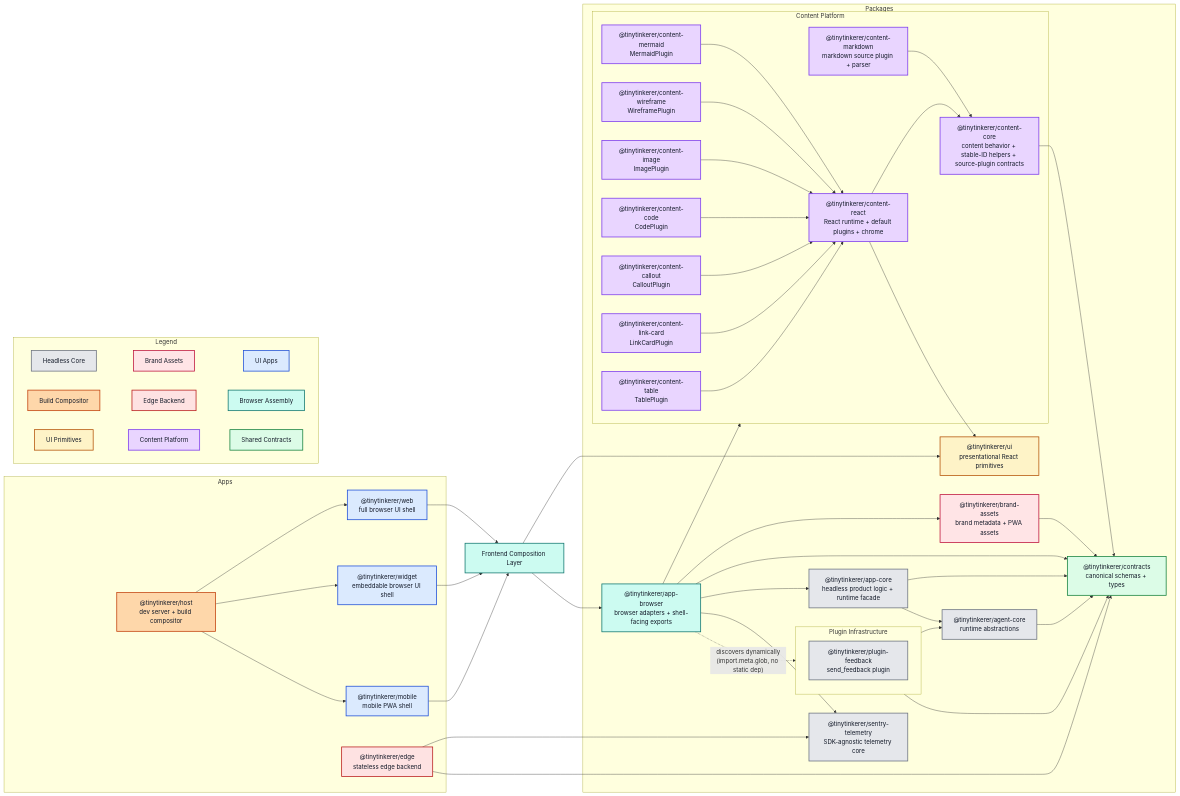
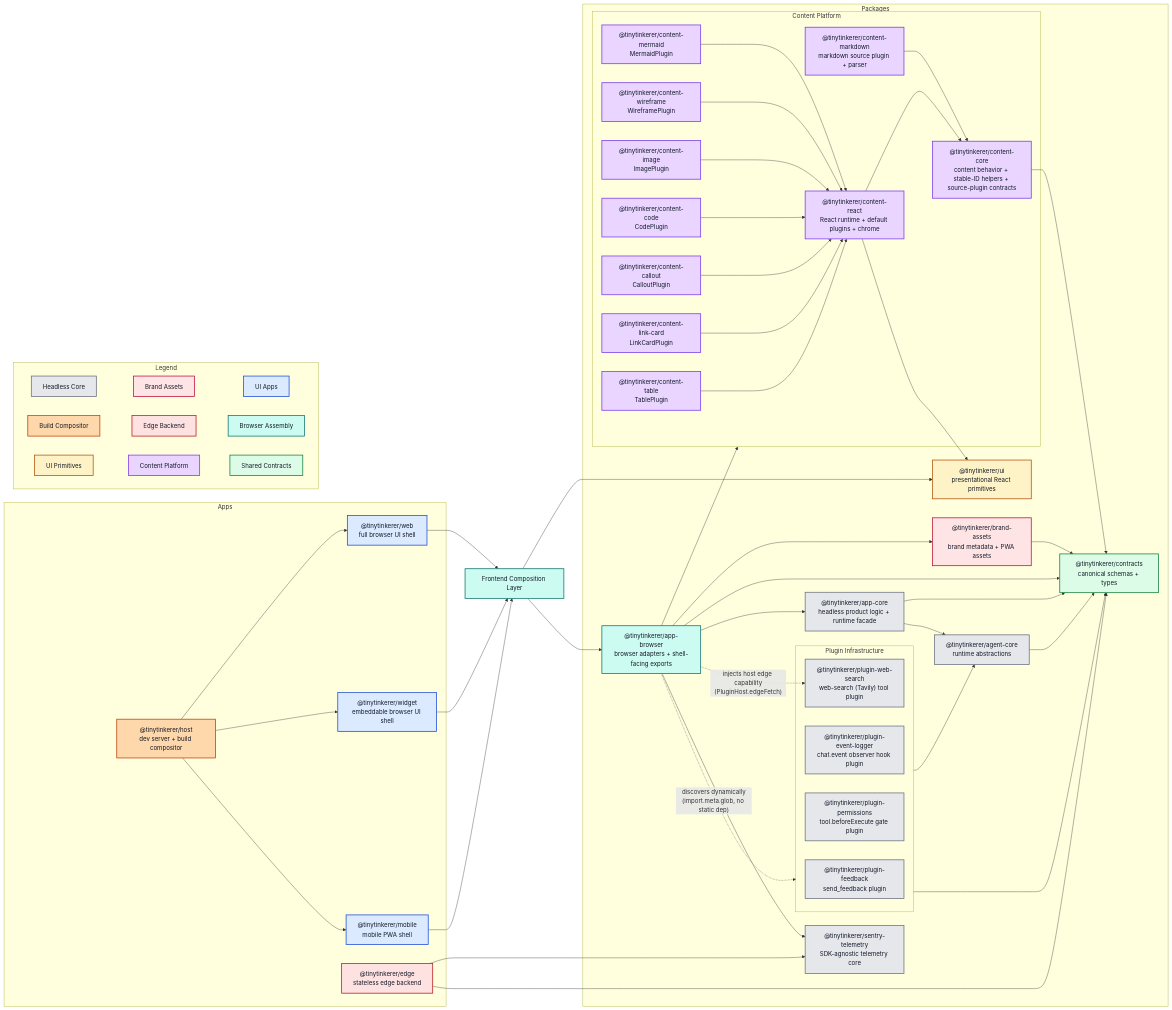
The diagram in docs/ARCHITECTURE.md (NNTin/tinytinkerer), drawn with Mermaid before and after one commit. The commit also changed other lines of this file and 14 other files, not shown here.

First line of the commit message:
feat(plugins): extract Tavily web search into plugin-web-search (#209)

````diff
--- a/docs/ARCHITECTURE.md
+++ b/docs/ARCHITECTURE.md
@@ -53,6 +53,9 @@
 
     %%subgraph PluginInfrastructure["Plugin Infrastructure"]
     %%  pluginfeedback["@tinytinkerer/plugin-feedback<br/>send_feedback plugin"]
+    %%  plugineventlogger["@tinytinkerer/plugin-event-logger<br/>chat.event observer hook plugin"]
+    %%  pluginpermissions["@tinytinkerer/plugin-permissions<br/>tool.beforeExecute gate plugin"]
+    %%  pluginwebsearch["@tinytinkerer/plugin-web-search<br/>web-search (Tavily) tool plugin"]
     %%end
 
     contracts["@tinytinkerer/contracts<br/>canonical schemas + types"]
@@ -65,6 +68,9 @@
 
     subgraph PluginInfrastructure["Plugin Infrastructure"]
       pluginfeedback["@tinytinkerer/plugin-feedback<br/>send_feedback plugin"]
+      plugineventlogger["@tinytinkerer/plugin-event-logger<br/>chat.event observer hook plugin"]
+      pluginpermissions["@tinytinkerer/plugin-permissions<br/>tool.beforeExecute gate plugin"]
+      pluginwebsearch["@tinytinkerer/plugin-web-search<br/>web-search (Tavily) tool plugin"]
     end
 
     subgraph ContentPlatform["Content Platform"]
@@ -102,6 +108,7 @@
   appbrowser --> ContentPlatform
   appbrowser --> appcore
   appbrowser -. "discovers dynamically<br/>(import.meta.glob, no static dep)" .-> PluginInfrastructure
+  appbrowser -. "injects host edge capability<br/>(PluginHost.edgeFetch)" .-> pluginwebsearch
   appbrowser --> sentrytelemetry
 
   PluginInfrastructure --> agent
@@ -157,6 +164,6 @@
   class ui,legendUi uiPrimitives;
   class contentcore,contentmarkdown,contentreact,contentmermaid,contentwireframe,contentimage,contentcode,contentcallout,contentlinkcard,contenttable,legendFeature sharedFeature;
   class contracts,legendContracts contractsLayer;
-  class agent,appcore,sentrytelemetry,pluginfeedback,legendCore coreLayer;
+  class agent,appcore,sentrytelemetry,pluginfeedback,plugineventlogger,pluginpermissions,pluginwebsearch,legendCore coreLayer;
   class brand,legendBrand brandLayer;
 ```
````
